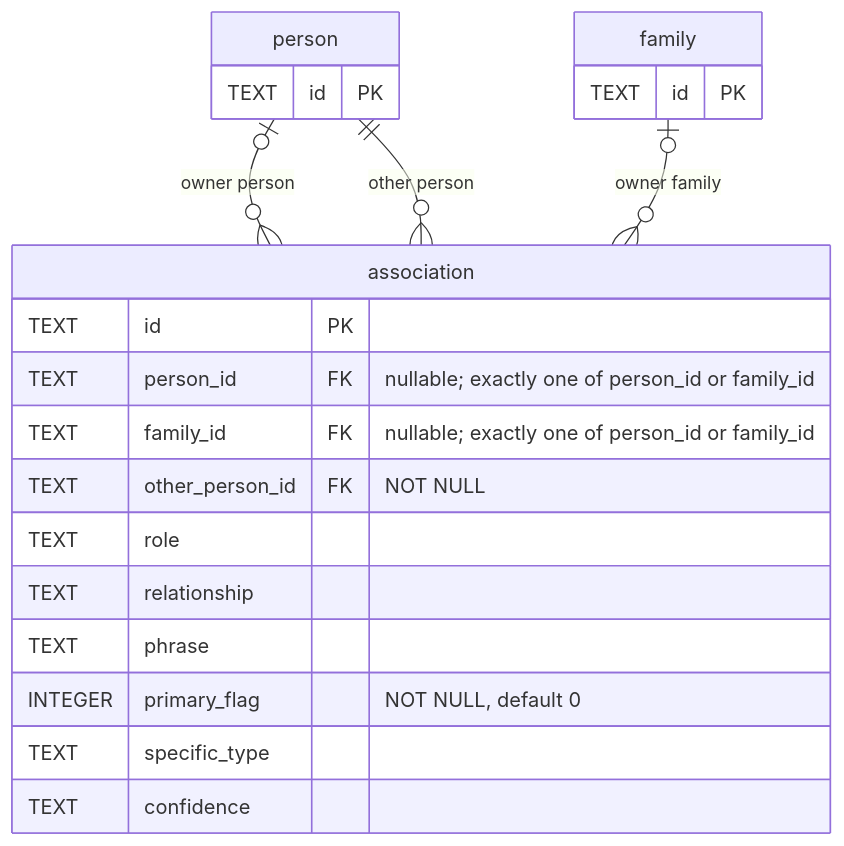
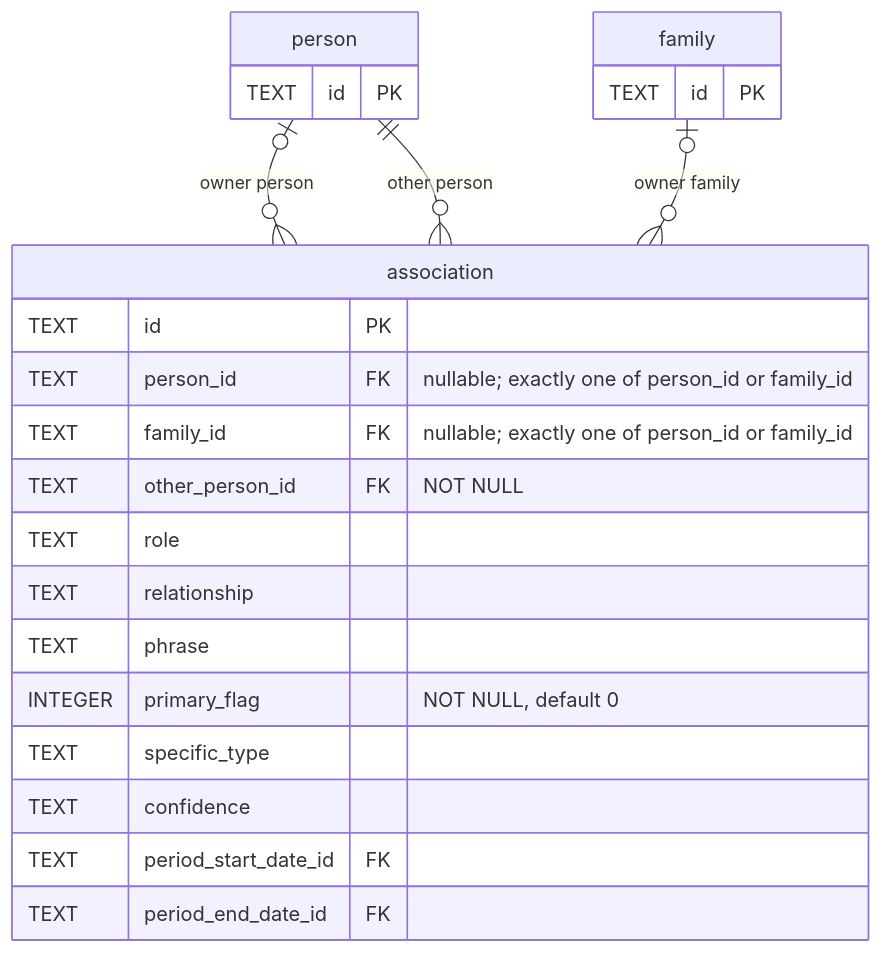
Before and after one commit to borisovodov/doru: the fourth of 12 diagrams in docs/db-schema.md, drawn with Mermaid. The commit also changed other lines of this file and 14 other files, not shown here.

````diff
--- a/docs/db-schema.md
+++ b/docs/db-schema.md
@@ -331,27 +336,29 @@
 ```mermaid
 erDiagram
     person |o--o{ association : "owner person"
     family |o--o{ association : "owner family"
     person ||--o{ association : "other person"
 
     association {
         TEXT id PK
         TEXT person_id FK "nullable; exactly one of person_id or family_id"
         TEXT family_id FK "nullable; exactly one of person_id or family_id"
         TEXT other_person_id FK "NOT NULL"
         TEXT role
         TEXT relationship
         TEXT phrase
         INTEGER primary_flag "NOT NULL, default 0"
         TEXT specific_type
         TEXT confidence
+        TEXT period_start_date_id FK
+        TEXT period_end_date_id FK
     }
 
     person {
         TEXT id PK
     }
 
     family {
         TEXT id PK
     }
 ```
````
